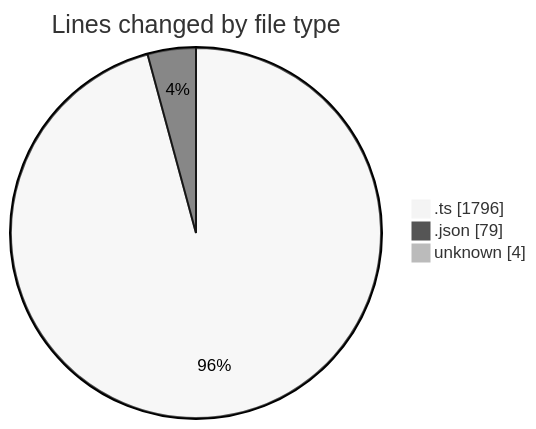
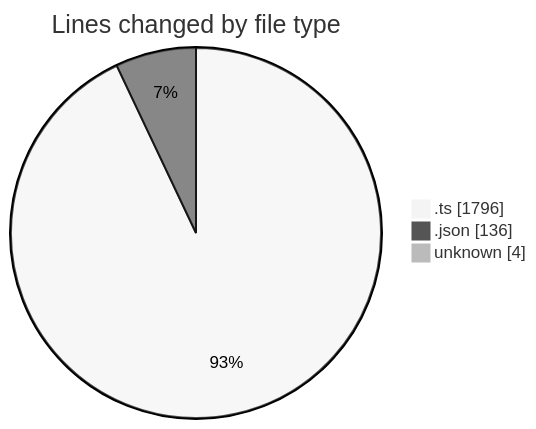
One commit to tmsrecording-cyber/code-tracking changed the first of 2 diagrams in 2026-02-03/singularitybrainai/README.md. Above: the diagram before and after it, drawn with Mermaid (neutral theme). The commit also changed other lines of this file and 1 other file, not shown here.

````diff
--- a/2026-02-03/singularitybrainai/README.md
+++ b/2026-02-03/singularitybrainai/README.md
@@ -23,7 +23,7 @@
 ```mermaid
 pie showData
 title Lines changed by file type
 ".ts" : 1796
-".json" : 79
+".json" : 136
 "unknown" : 4
 ```
````
